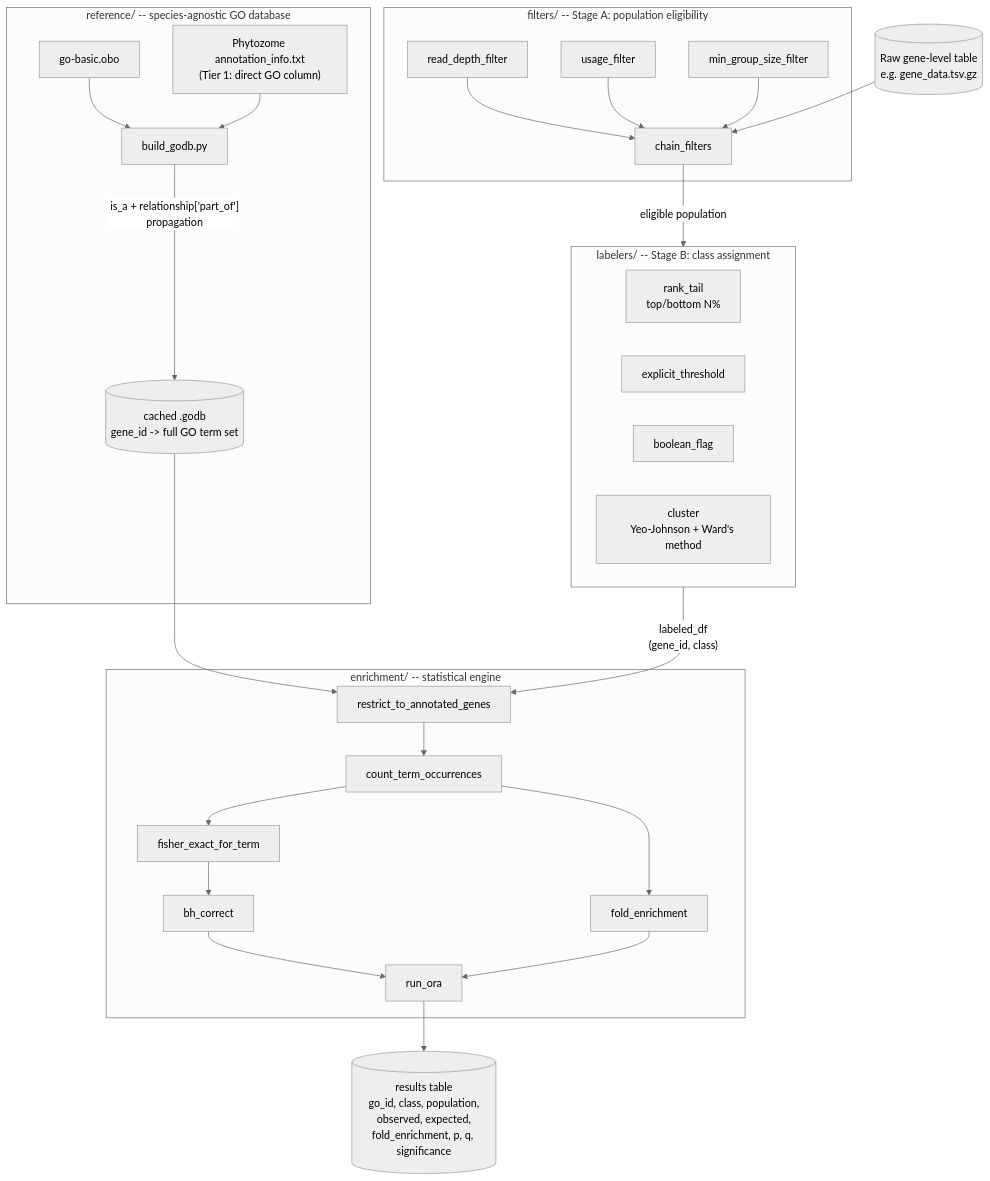
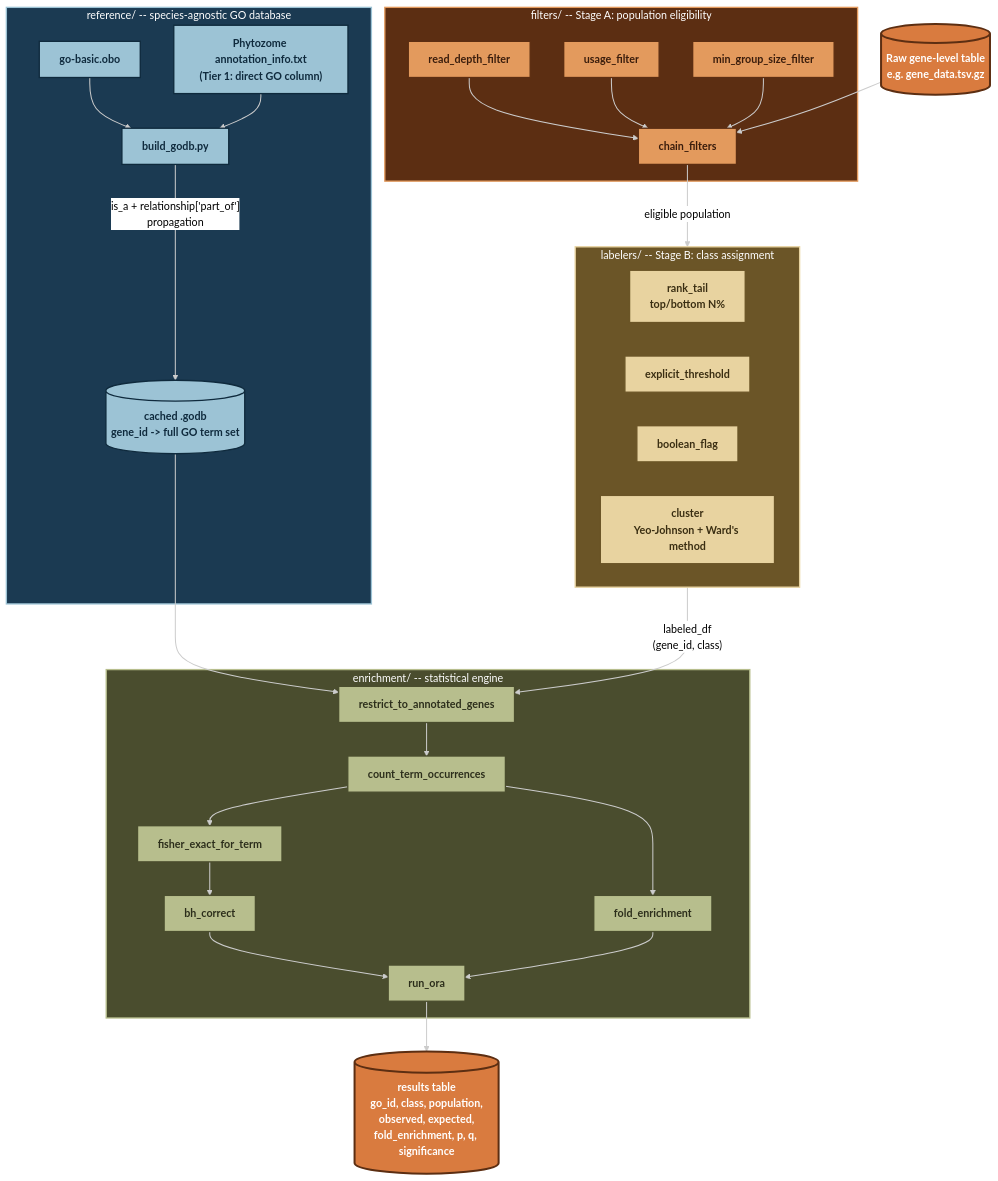
One commit to ih-11/go-gsea changed the diagram in README.md. Above: the diagram before and after it, drawn with Mermaid (neutral theme).

````diff
--- a/README.md
+++ b/README.md
@@ -50,43 +50,62 @@
 ```mermaid
 flowchart TD
     subgraph REF["reference/ -- species-agnostic GO database"]
         A1[go-basic.obo] --> B1[build_godb.py]
         A2["Phytozome annotation_info.txt<br/>(Tier 1: direct GO column)"] --> B1
         B1 -->|"is_a + relationship['part_of']<br/>propagation"| C1[("cached .godb<br/>gene_id -> full GO term set")]
     end
 
     subgraph FILT["filters/ -- Stage A: population eligibility"]
         D1[read_depth_filter]
         D2[usage_filter]
         D3[min_group_size_filter]
         D1 --> D4[chain_filters]
         D2 --> D4
         D3 --> D4
     end
 
     subgraph LAB["labelers/ -- Stage B: class assignment"]
-        E1[rank_tail<br/>top/bottom N%]
+        E1["rank_tail<br/>top/bottom N%"]
         E2[explicit_threshold]
         E3[boolean_flag]
-        E4[cluster<br/>Yeo-Johnson + Ward's method]
+        E4["cluster<br/>Yeo-Johnson + Ward's method"]
     end
 
     subgraph ORA["enrichment/ -- statistical engine"]
         F1[restrict_to_annotated_genes]
         F2[count_term_occurrences]
         F3[fisher_exact_for_term]
         F4[fold_enrichment]
         F5[bh_correct]
         F1 --> F2 --> F3
         F2 --> F4
         F3 --> F5
         F5 --> F6[run_ora]
         F4 --> F6
     end
 
     G[("Raw gene-level table<br/>e.g. gene_data.tsv.gz")] --> D4
     D4 -->|eligible population| LAB
     LAB -->|"labeled_df<br/>(gene_id, class)"| F1
     C1 --> F1
     F6 --> H[("results table<br/>go_id, class, population,<br/>observed, expected,<br/>fold_enrichment, p, q, significance")]
+
+    classDef refNode fill:#9CC3D5,stroke:#0F2A3D,stroke-width:2px,color:#0F2A3D,font-weight:bold;
+    classDef filtNode fill:#E39A5D,stroke:#5C2E12,stroke-width:2px,color:#3A1D0C,font-weight:bold;
+    classDef labNode fill:#E8D3A0,stroke:#6B5527,stroke-width:2px,color:#3A2E12,font-weight:bold;
+    classDef oraNode fill:#B7BE8D,stroke:#4A4D2E,stroke-width:2px,color:#2C2E1B,font-weight:bold;
+    classDef dataNode fill:#D97B3F,stroke:#5C2E12,stroke-width:3px,color:#FFFFFF,font-weight:bold;
+
+    class A1,A2,B1,C1 refNode;
+    class D1,D2,D3,D4 filtNode;
+    class E1,E2,E3,E4 labNode;
+    class F1,F2,F3,F4,F5,F6 oraNode;
+    class G,H dataNode;
+
+    style REF fill:#1B3A52,stroke:#9CC3D5,stroke-width:2px,color:#FFFFFF;
+    style FILT fill:#5C2E12,stroke:#E39A5D,stroke-width:2px,color:#FFFFFF;
+    style LAB fill:#6B5527,stroke:#E8D3A0,stroke-width:2px,color:#FFFFFF;
+    style ORA fill:#4A4D2E,stroke:#B7BE8D,stroke-width:2px,color:#FFFFFF;
+
+    linkStyle default stroke:#CCCCCC,stroke-width:1.5px;
 ```
````
